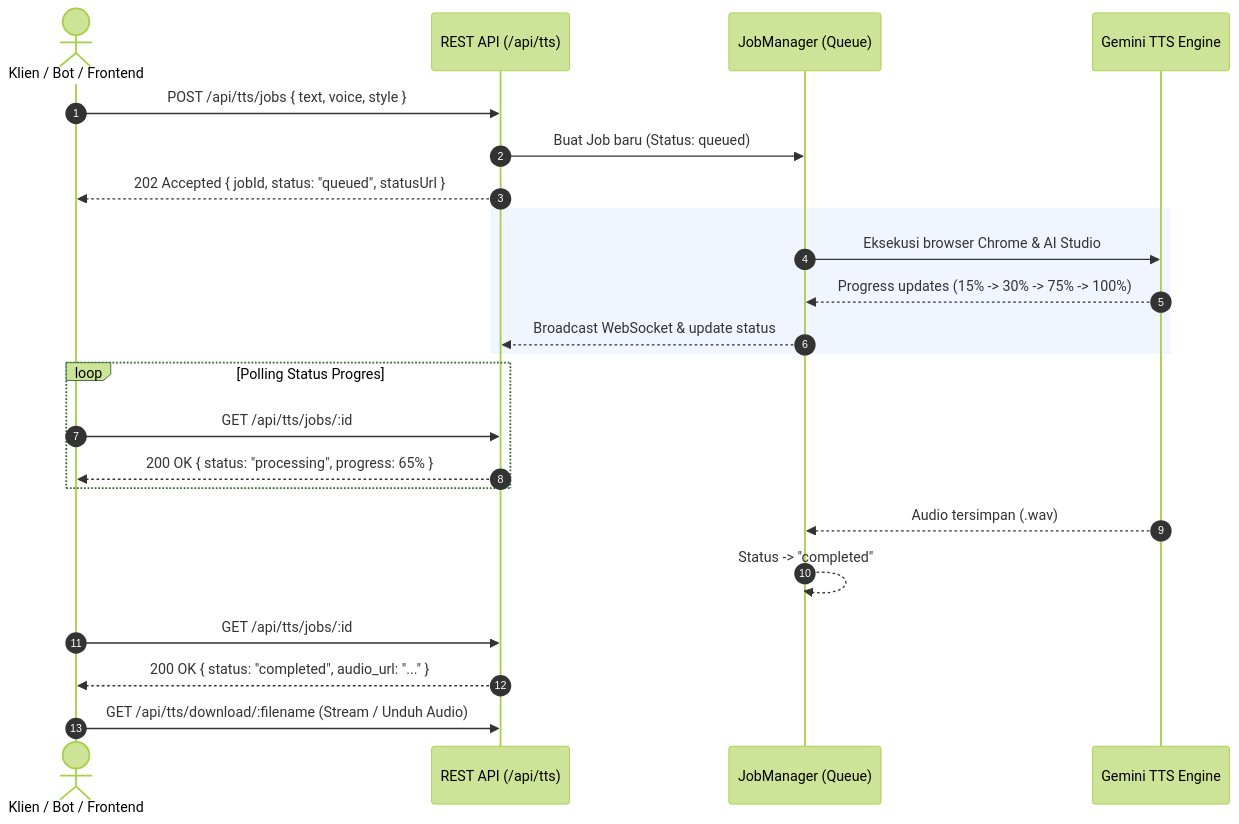
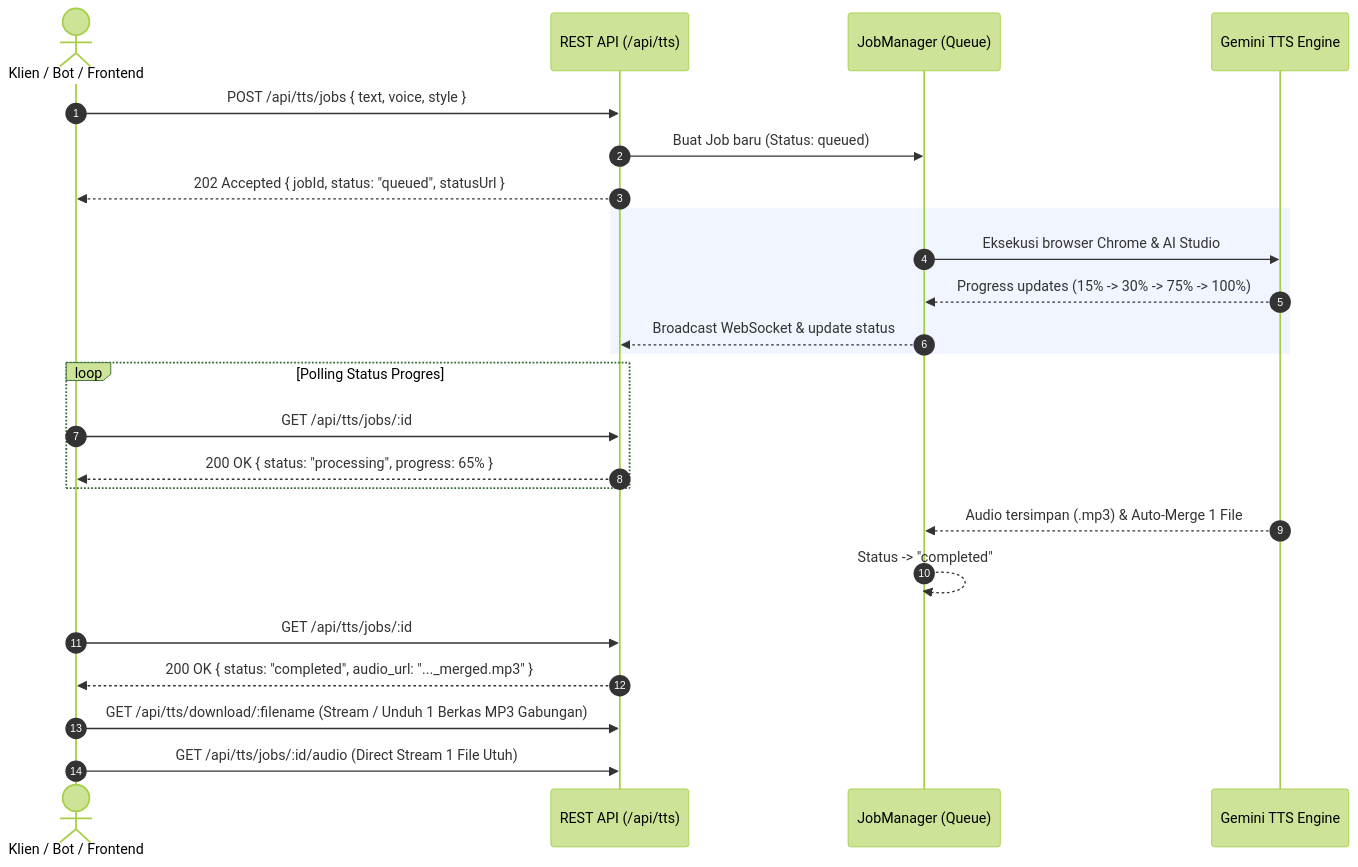
Before and after one commit to WahyuSet/ttsfreerasapro-gaistudio: the diagram in API_DOCUMENTATION.md, drawn with Mermaid (forest theme). The commit also changed other lines of this file and 10 other files, not shown here.

````diff
--- a/API_DOCUMENTATION.md
+++ b/API_DOCUMENTATION.md
@@ -30,30 +31,31 @@
 ```mermaid
 sequenceDiagram
     autonumber
     actor Client as Klien / Bot / Frontend
     participant API as REST API (/api/tts)
     participant JM as JobManager (Queue)
     participant Eng as Gemini TTS Engine
 
     Client->>API: POST /api/tts/jobs { text, voice, style }
     API->>JM: Buat Job baru (Status: queued)
     API-->>Client: 202 Accepted { jobId, status: "queued", statusUrl }
     
     rect rgb(240, 245, 255)
     JM->>Eng: Eksekusi browser Chrome & AI Studio
     Eng-->>JM: Progress updates (15% -> 30% -> 75% -> 100%)
     JM-->>API: Broadcast WebSocket & update status
     end
 
     loop Polling Status Progres
         Client->>API: GET /api/tts/jobs/:id
         API-->>Client: 200 OK { status: "processing", progress: 65% }
     end
 
-    Eng-->>JM: Audio tersimpan (.wav)
+    Eng-->>JM: Audio tersimpan (.mp3) & Auto-Merge 1 File
     JM-->>JM: Status -> "completed"
 
     Client->>API: GET /api/tts/jobs/:id
-    API-->>Client: 200 OK { status: "completed", audio_url: "..." }
-    Client->>API: GET /api/tts/download/:filename (Stream / Unduh Audio)
+    API-->>Client: 200 OK { status: "completed", audio_url: "..._merged.mp3" }
+    Client->>API: GET /api/tts/download/:filename (Stream / Unduh 1 Berkas MP3 Gabungan)
+    Client->>API: GET /api/tts/jobs/:id/audio (Direct Stream 1 File Utuh)
 ```
````
